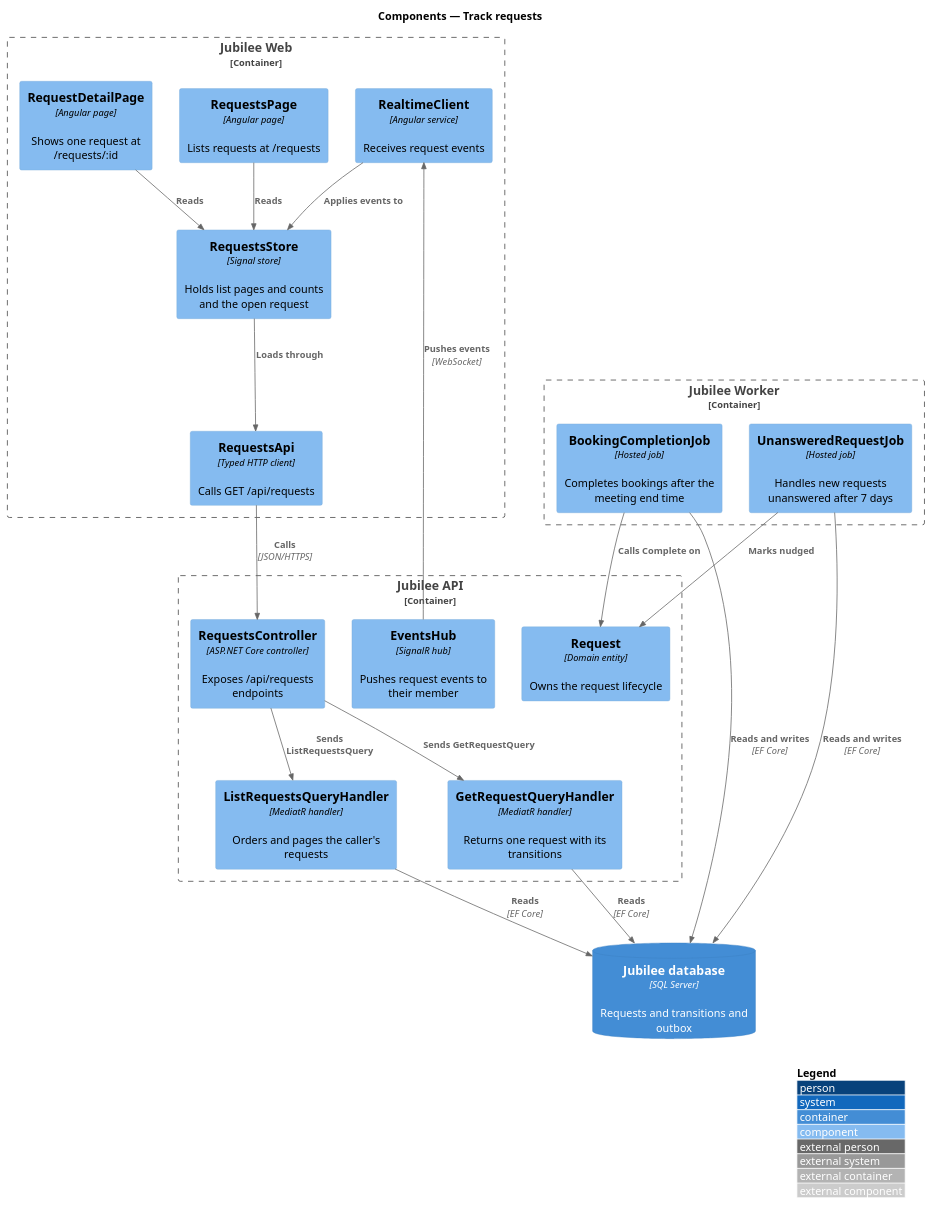
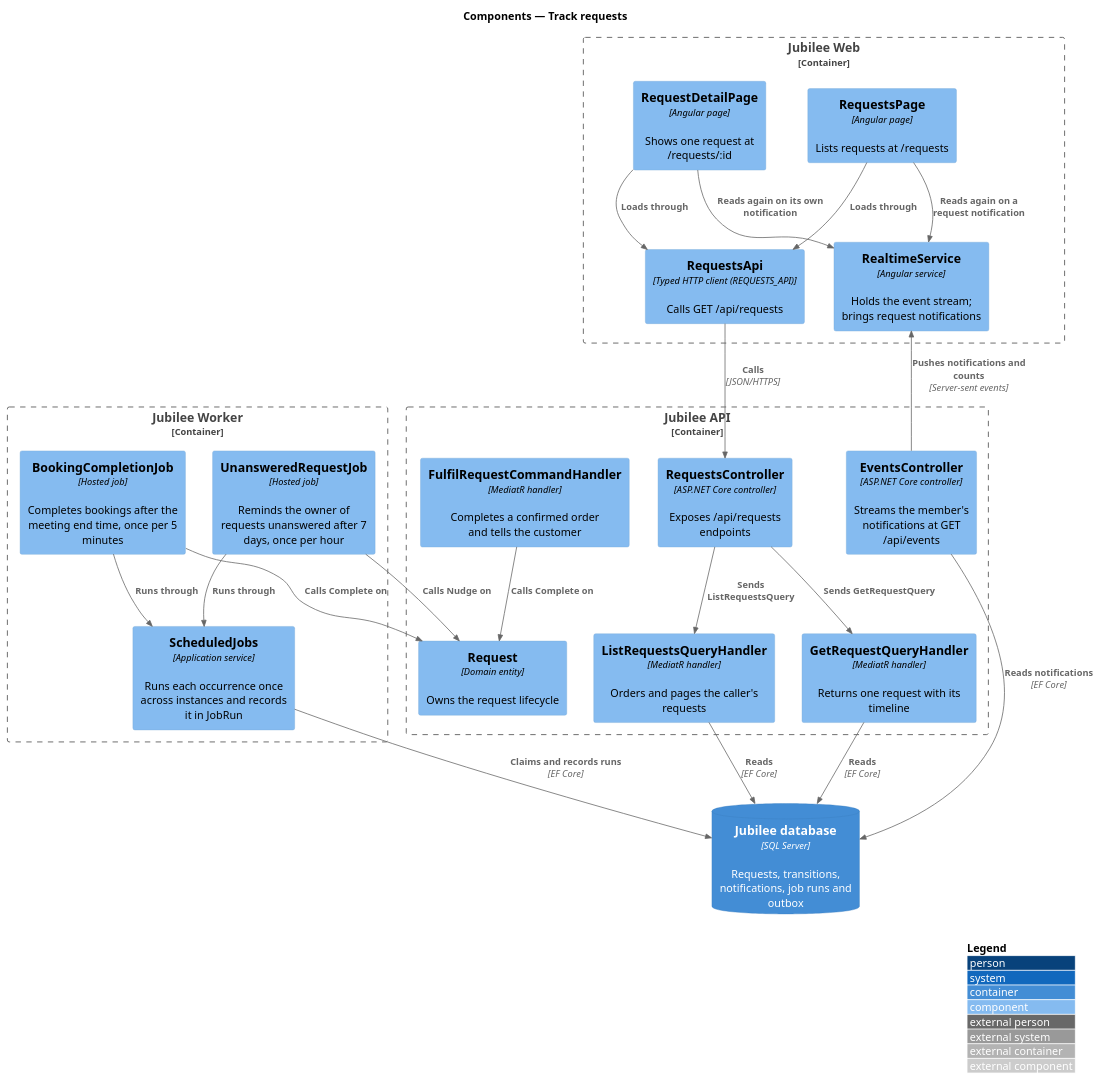
The diagram in docs/detailed-designs/requests/track-requests/diagrams/c4-component.puml (QuinntyneBrown/jubilee), drawn with PlantUML before and after one commit. The commit also changed 28 other files, not shown here.

```diff
--- a/docs/detailed-designs/requests/track-requests/diagrams/c4-component.puml
+++ b/docs/detailed-designs/requests/track-requests/diagrams/c4-component.puml
@@ -1,40 +1,44 @@
 @startuml
 !include <C4/C4_Component>
 LAYOUT_WITH_LEGEND()
 title Components — Track requests
 
 Container_Boundary(web, "Jubilee Web") {
   Component(list, "RequestsPage", "Angular page", "Lists requests at /requests")
   Component(detail, "RequestDetailPage", "Angular page", "Shows one request at /requests/:id")
-  Component(store, "RequestsStore", "Signal store", "Holds list pages and counts and the open request")
-  Component(client, "RequestsApi", "Typed HTTP client", "Calls GET /api/requests")
-  Component(rt, "RealtimeClient", "Angular service", "Receives request events")
+  Component(client, "RequestsApi", "Typed HTTP client (REQUESTS_API)", "Calls GET /api/requests")
+  Component(rt, "RealtimeService", "Angular service", "Holds the event stream; brings request notifications")
 }
 Container_Boundary(api, "Jubilee API") {
   Component(ctrl, "RequestsController", "ASP.NET Core controller", "Exposes /api/requests endpoints")
+  Component(events, "EventsController", "ASP.NET Core controller", "Streams the member's notifications at GET /api/events")
   Component(lq, "ListRequestsQueryHandler", "MediatR handler", "Orders and pages the caller's requests")
-  Component(gq, "GetRequestQueryHandler", "MediatR handler", "Returns one request with its transitions")
+  Component(gq, "GetRequestQueryHandler", "MediatR handler", "Returns one request with its timeline")
+  Component(fulfil, "FulfilRequestCommandHandler", "MediatR handler", "Completes a confirmed order and tells the customer")
   Component(entity, "Request", "Domain entity", "Owns the request lifecycle")
-  Component(hub, "EventsHub", "SignalR hub", "Pushes request events to their member")
 }
 Container_Boundary(worker, "Jubilee Worker") {
-  Component(done, "BookingCompletionJob", "Hosted job", "Completes bookings after the meeting end time")
-  Component(stale, "UnansweredRequestJob", "Hosted job", "Handles new requests unanswered after 7 days")
+  Component(done, "BookingCompletionJob", "Hosted job", "Completes bookings after the meeting end time, once per 5 minutes")
+  Component(stale, "UnansweredRequestJob", "Hosted job", "Reminds the owner of requests unanswered after 7 days, once per hour")
+  Component(jobs, "ScheduledJobs", "Application service", "Runs each occurrence once across instances and records it in JobRun")
 }
-ContainerDb(db, "Jubilee database", "SQL Server", "Requests and transitions and outbox")
+ContainerDb(db, "Jubilee database", "SQL Server", "Requests, transitions, notifications, job runs and outbox")
 
-Rel(list, store, "Reads")
-Rel(detail, store, "Reads")
-Rel(store, client, "Loads through")
-Rel(rt, store, "Applies events to")
+Rel(list, client, "Loads through")
+Rel(detail, client, "Loads through")
+Rel(list, rt, "Reads again on a request notification")
+Rel(detail, rt, "Reads again on its own notification")
 Rel(client, ctrl, "Calls", "JSON/HTTPS")
-Rel(hub, rt, "Pushes events", "WebSocket")
+Rel(events, rt, "Pushes notifications and counts", "Server-sent events")
 Rel(ctrl, lq, "Sends ListRequestsQuery")
 Rel(ctrl, gq, "Sends GetRequestQuery")
 Rel(lq, db, "Reads", "EF Core")
 Rel(gq, db, "Reads", "EF Core")
+Rel(events, db, "Reads notifications", "EF Core")
+Rel(fulfil, entity, "Calls Complete on")
+Rel(done, jobs, "Runs through")
+Rel(stale, jobs, "Runs through")
 Rel(done, entity, "Calls Complete on")
-Rel(stale, entity, "Marks nudged")
-Rel(done, db, "Reads and writes", "EF Core")
-Rel(stale, db, "Reads and writes", "EF Core")
+Rel(stale, entity, "Calls Nudge on")
+Rel(jobs, db, "Claims and records runs", "EF Core")
 @enduml
```
